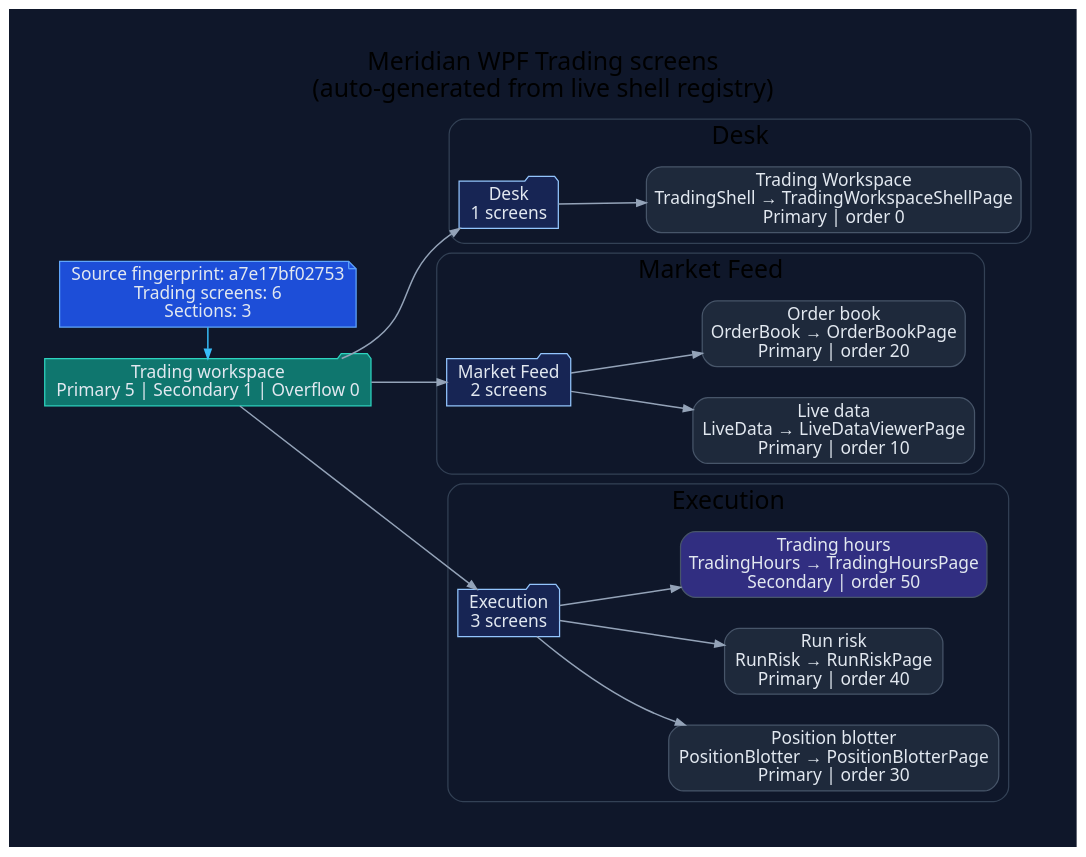
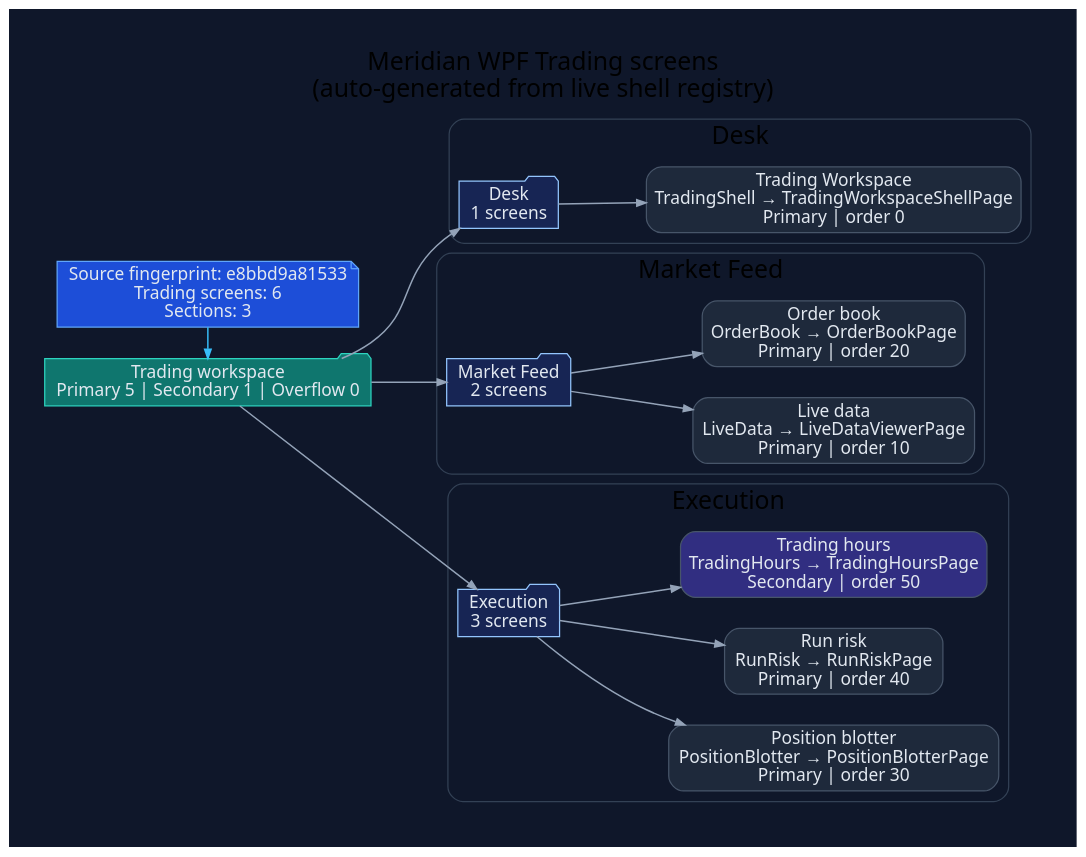
The diagram in docs/diagrams/ui/ui-wpf-screens-trading.dot (rodoHasArrived/Meridian-main), drawn with Graphviz before and after one commit. The commit also changed 168 other files, not shown here.

```diff
--- a/docs/diagrams/ui/ui-wpf-screens-trading.dot
+++ b/docs/diagrams/ui/ui-wpf-screens-trading.dot
@@ -1,62 +1,62 @@
 // -----------------------------------------------------------------------------
 // <auto-generated>
 // Generated by scripts/generate-diagrams.mjs.
 // Do not edit this file directly; update the WPF source files instead.
 // -----------------------------------------------------------------------------
 digraph WpfTradingScreens {
   graph [
     rankdir=LR,
     labelloc=t,
     label="Meridian WPF Trading screens\n(auto-generated from live shell registry)",
     fontname="Segoe UI",
     fontsize=20,
     pad=0.4,
     nodesep=0.35,
     ranksep=0.85,
     bgcolor="#0f172a"
   ];
   node [fontname="Segoe UI", shape=box, style="rounded,filled", color="#475569", fontcolor="#e2e8f0", fillcolor="#1e293b"];
   edge [fontname="Segoe UI", color="#94a3b8", penwidth=1.2, arrowsize=0.75];
 
-  generated [shape=note, fillcolor="#1d4ed8", color="#60a5fa", label="Source fingerprint: a7e17bf02753\nTrading screens: 6\nSections: 3"];
+  generated [shape=note, fillcolor="#1d4ed8", color="#60a5fa", label="Source fingerprint: e8bbd9a81533\nTrading screens: 6\nSections: 3"];
   workspace [shape=folder, fillcolor="#0f766e", color="#2dd4bf", label="Trading workspace\nPrimary 5 | Secondary 1 | Overflow 0"];
   generated -> workspace [color="#38bdf8"];
 
   subgraph cluster_section_1 {
     label="Desk";
     color="#334155";
     style="rounded";
     section_1 [shape=folder, fillcolor="#172554", color="#93c5fd", label="Desk\n1 screens"];
     workspace -> section_1;
     screen_TradingShell [fillcolor="#1e293b", label="Trading Workspace\nTradingShell → TradingWorkspaceShellPage\nPrimary | order 0"];
     section_1 -> screen_TradingShell;
   }
 
   subgraph cluster_section_2 {
     label="Market Feed";
     color="#334155";
     style="rounded";
     section_2 [shape=folder, fillcolor="#172554", color="#93c5fd", label="Market Feed\n2 screens"];
     workspace -> section_2;
     screen_LiveData [fillcolor="#1e293b", label="Live data\nLiveData → LiveDataViewerPage\nPrimary | order 10"];
     section_2 -> screen_LiveData;
     screen_OrderBook [fillcolor="#1e293b", label="Order book\nOrderBook → OrderBookPage\nPrimary | order 20"];
     section_2 -> screen_OrderBook;
   }
 
   subgraph cluster_section_3 {
     label="Execution";
     color="#334155";
     style="rounded";
     section_3 [shape=folder, fillcolor="#172554", color="#93c5fd", label="Execution\n3 screens"];
     workspace -> section_3;
     screen_PositionBlotter [fillcolor="#1e293b", label="Position blotter\nPositionBlotter → PositionBlotterPage\nPrimary | order 30"];
     section_3 -> screen_PositionBlotter;
     screen_RunRisk [fillcolor="#1e293b", label="Run risk\nRunRisk → RunRiskPage\nPrimary | order 40"];
     section_3 -> screen_RunRisk;
     screen_TradingHours [fillcolor="#312e81", label="Trading hours\nTradingHours → TradingHoursPage\nSecondary | order 50"];
     section_3 -> screen_TradingHours;
   }
 
   { rank=min; generated; workspace; }
 }
```
